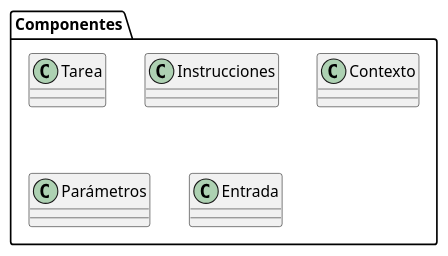
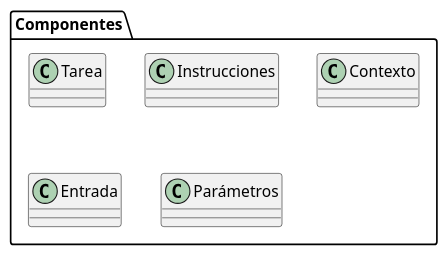
One commit to mmasias/ai-prompts changed the diagram in modelosUML/componentesPrompt.puml. Above: the diagram before and after it, drawn with PlantUML. The commit also changed 2 other files, not shown here.

```diff
--- a/modelosUML/componentesPrompt.puml
+++ b/modelosUML/componentesPrompt.puml
@@ -1,13 +1,8 @@
 package Componentes {
 
     class Tarea
-
     class Instrucciones
-
     class Contexto
-
+    class Entrada
     class Parámetros
-
-    class Entrada
-
 }
```
